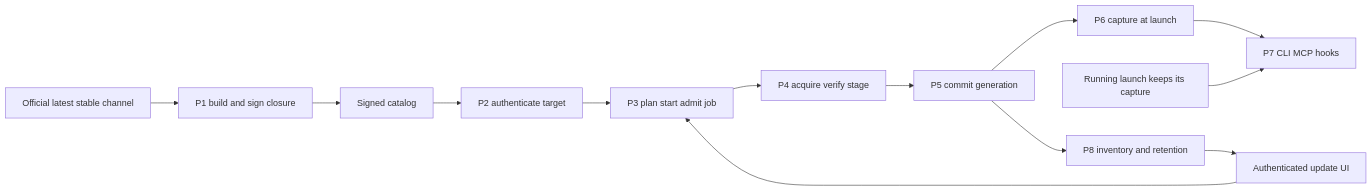
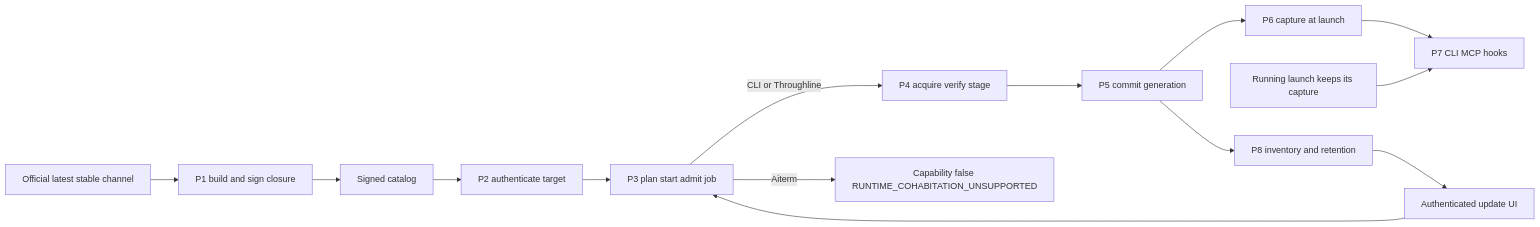
Before and after one commit to kitepon/BellTeam: the first of 2 diagrams in docs/architecture/modules/runtime/runtime-updates.md, drawn with Mermaid. The commit also changed other lines of this file and 2 other files, not shown here.

Commit message:
Document Aiterm body-image channel and assert builtin connection lookup

````diff
--- a/docs/architecture/modules/runtime/runtime-updates.md
+++ b/docs/architecture/modules/runtime/runtime-updates.md
@@ -33,15 +33,16 @@
 ```mermaid
 flowchart LR
   Upstream[Official latest stable channel] --> P1[P1 build and sign closure]
   P1 --> Catalog[Signed catalog]
   Catalog --> P2[P2 authenticate target]
   UI[Authenticated update UI] --> P3[P3 plan start admit job]
   P2 --> P3
-  P3 --> P4[P4 acquire verify stage]
+  P3 -->|CLI or Throughline| P4[P4 acquire verify stage]
+  P3 -->|Aiterm| Unsupported[Capability false RUNTIME_COHABITATION_UNSUPPORTED]
   P4 --> P5[P5 commit generation]
   P5 --> P6[P6 capture at launch]
   P6 --> P7[P7 CLI MCP hooks]
   Old[Running launch keeps its capture] --> P7
   P5 --> P8[P8 inventory and retention]
   P8 --> UI
 ```
````
